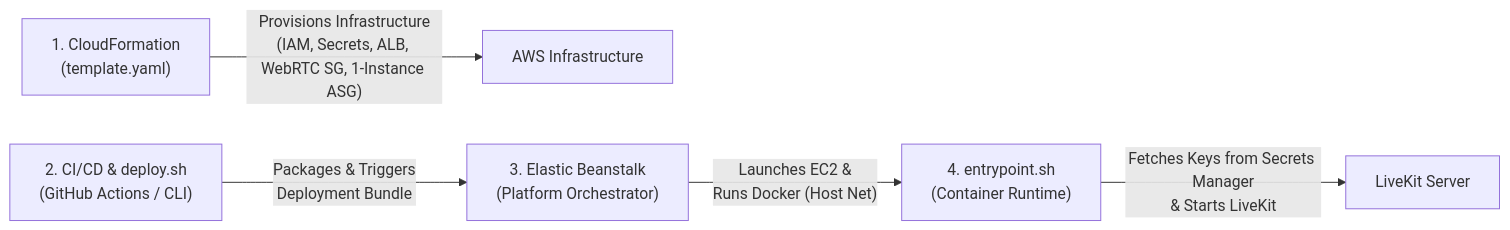
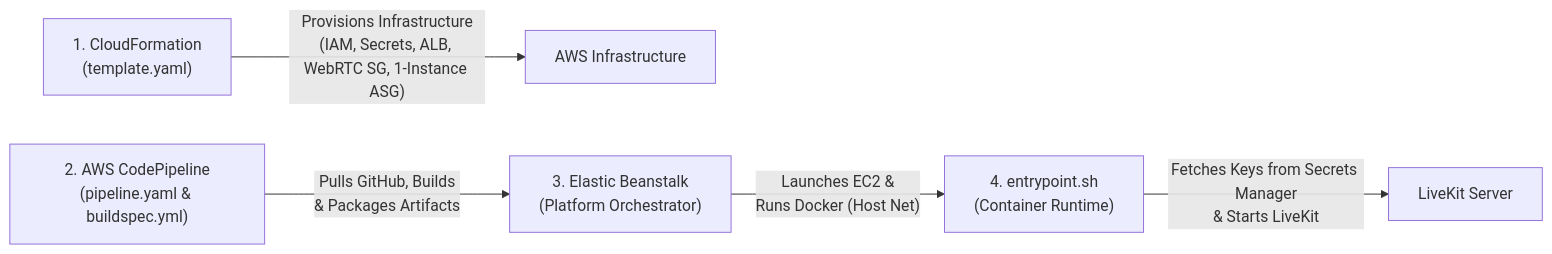
Before and after one commit to kumaresan0206/livekit-beanstalk: the diagram in README.md, drawn with Mermaid. The commit also changed other lines of this file and 3 other files, not shown here.

Commit message:
code pipeline configuration added

````diff
--- a/README.md
+++ b/README.md
@@ -9,7 +9,7 @@
 ```mermaid
 flowchart LR
     CF["1. CloudFormation\n(template.yaml)"] -->|"Provisions Infrastructure\n(IAM, Secrets, ALB, WebRTC SG, 1-Instance ASG)"| AWS_Infra["AWS Infrastructure"]
-    CICD["2. CI/CD & deploy.sh\n(GitHub Actions / CLI)"] -->|"Packages & Triggers\nDeployment Bundle"| EB["3. Elastic Beanstalk\n(Platform Orchestrator)"]
+    CICD["2. AWS CodePipeline\n(pipeline.yaml & buildspec.yml)"] -->|"Pulls GitHub, Builds\n& Packages Artifacts"| EB["3. Elastic Beanstalk\n(Platform Orchestrator)"]
     EB -->|"Launches EC2 &\nRuns Docker (Host Net)"| Entrypoint["4. entrypoint.sh\n(Container Runtime)"]
     Entrypoint -->|"Fetches Keys from Secrets Manager\n& Starts LiveKit"| LK["LiveKit Server"]
 ```
````
